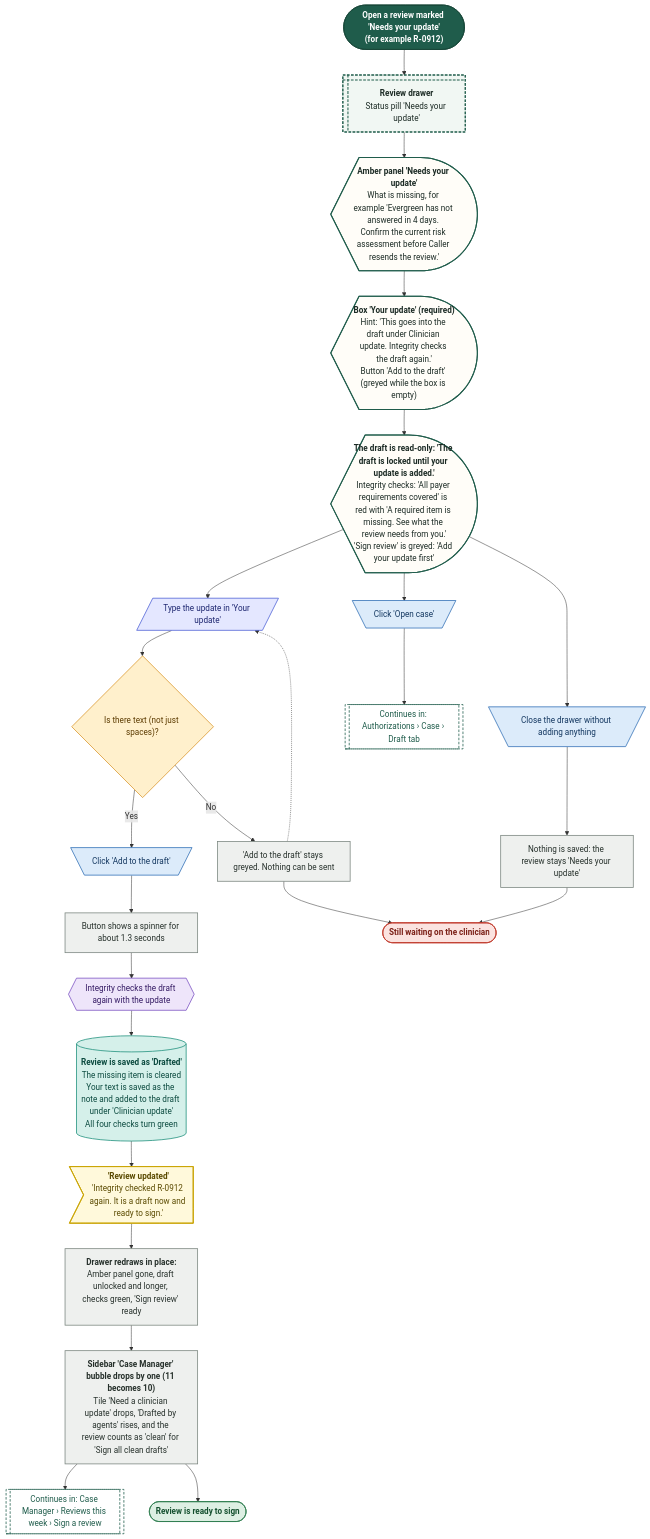
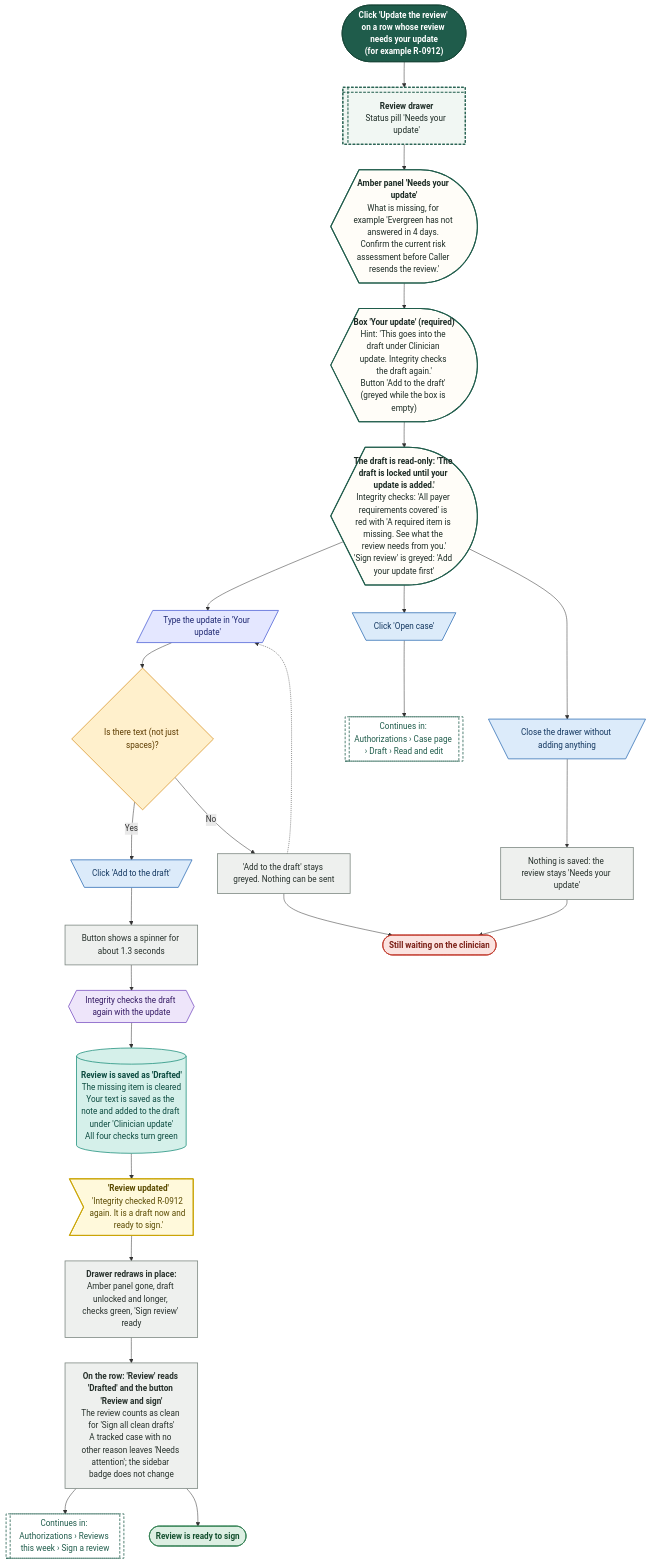
One commit to Shrav143/psyfloapp changed the diagram in demos/prior-auth-demo/workflows/out/mmd/07-case-manager/42-review-add-update.mmd. Above: the diagram before and after it, drawn with Mermaid. The commit also changed 113 other files, not shown here.

First line of the commit message:
docs: workflow diagrams for the merged Authorizations (worklist, approved, reviews and tracked cases, sidebar arrow), every link retargeted, 336 diagrams

```diff
--- a/demos/prior-auth-demo/workflows/out/mmd/07-case-manager/42-review-add-update.mmd
+++ b/demos/prior-auth-demo/workflows/out/mmd/07-case-manager/42-review-add-update.mmd
@@ -1,61 +1,61 @@
 %%{init: {"theme":"base","themeVariables":{"fontFamily":"'DM Sans', 'Segoe UI', system-ui, sans-serif","fontSize":"15px","lineColor":"#5B6B63","primaryTextColor":"#1C2B25","clusterBkg":"#FBF8F3","clusterBorder":"#D9CDBB","edgeLabelBackground":"#FFFFFF"},"flowchart":{"curve":"basis","nodeSpacing":36,"rankSpacing":48,"padding":12,"htmlLabels":true,"useMaxWidth":false,"wrappingWidth":230}} }%%
 flowchart TD
   classDef k_start fill:#1F5C4B,stroke:#174638,color:#FFFFFF,stroke-width:1.5px,font-weight:600
   classDef k_end fill:#DDEFE3,stroke:#2E7D4F,color:#14502F,stroke-width:1.5px,font-weight:600
   classDef k_endx fill:#FBE3E0,stroke:#C0392B,color:#7A1F16,stroke-width:1.5px,font-weight:600
   classDef k_screen fill:#FFFDF8,stroke:#1F5C4B,color:#1C2B25,stroke-width:2px
   classDef k_overlay fill:#F1F7F3,stroke:#1F5C4B,color:#1C2B25,stroke-width:2px,stroke-dasharray:5 3
   classDef k_click fill:#DCEBFA,stroke:#2F6DB5,color:#12365F,stroke-width:1.5px
   classDef k_input fill:#E4E7FF,stroke:#4C5FD5,color:#1D2670,stroke-width:1.5px
   classDef k_process fill:#EEF0EE,stroke:#7A857F,color:#26302B,stroke-width:1.5px
   classDef k_agent fill:#EEE5FA,stroke:#7A4FC2,color:#341A63,stroke-width:1.5px
   classDef k_decision fill:#FFF0CC,stroke:#D9962B,color:#5C3B00,stroke-width:1.5px
   classDef k_store fill:#D5F0EA,stroke:#1C8E7B,color:#0B4A3F,stroke-width:1.5px
   classDef k_doc fill:#F6E9DC,stroke:#B07A4C,color:#4A2E14,stroke-width:1.5px
   classDef k_ext fill:#FFE6D2,stroke:#E07B39,color:#6B2F06,stroke-width:1.5px
   classDef k_wait fill:#E4E8EE,stroke:#6B7C93,color:#26303D,stroke-width:1.5px
   classDef k_toast fill:#FFF9DB,stroke:#C9A400,color:#5A4A00,stroke-width:1.5px
   classDef k_goto fill:#FFFFFF,stroke:#1F5C4B,color:#1F5C4B,stroke-width:1.5px,stroke-dasharray:5 3
-  s1@{ shape: stadium, label: "<b>Open a review marked 'Needs your update'</b><br/>(for example R-0912)" }
+  s1@{ shape: stadium, label: "<b>Click 'Update the review' on a row whose review needs your update</b><br/>(for example R-0912)" }
   o1@{ shape: win-pane, label: "<b>Review drawer</b><br/>Status pill 'Needs your update'" }
   b1@{ shape: curv-trap, label: "<b>Amber panel 'Needs your update'</b><br/>What is missing, for example 'Evergreen has not answered in 4 days. Confirm the current risk assessment before Caller resends the review.'" }
   b2@{ shape: curv-trap, label: "<b>Box 'Your update' (required)</b><br/>Hint: 'This goes into the draft under Clinician update. Integrity checks the draft again.'<br/>Button 'Add to the draft' (greyed while the box is empty)" }
   b3@{ shape: curv-trap, label: "<b>The draft is read-only: 'The draft is locked until your update is added.'</b><br/>Integrity checks: 'All payer requirements covered' is red with 'A required item is missing. See what the review needs from you.'<br/>'Sign review' is greyed: 'Add your update first'" }
   i1@{ shape: lean-r, label: "Type the update in 'Your update'" }
   d1@{ shape: diam, label: "Is there text (not just spaces)?" }
   p0@{ shape: rect, label: "'Add to the draft' stays greyed. Nothing can be sent" }
   c1@{ shape: trap-t, label: "Click 'Add to the draft'" }
   p1@{ shape: rect, label: "Button shows a spinner for about 1.3 seconds" }
   a1@{ shape: hex, label: "Integrity checks the draft again with the update" }
   st1@{ shape: cyl, label: "<b>Review is saved as 'Drafted'</b><br/>The missing item is cleared<br/>Your text is saved as the note and added to the draft under 'Clinician update'<br/>All four checks turn green" }
   t1@{ shape: odd, label: "<b>'Review updated'</b><br/>'Integrity checked R-0912 again. It is a draft now and ready to sign.'" }
   p2@{ shape: rect, label: "<b>Drawer redraws in place:</b><br/>Amber panel gone, draft unlocked and longer, checks green, 'Sign review' ready" }
-  p3@{ shape: rect, label: "<b>Sidebar 'Case Manager' bubble drops by one (11 becomes 10)</b><br/>Tile 'Need a clinician update' drops, 'Drafted by agents' rises, and the review counts as 'clean' for 'Sign all clean drafts'" }
-  g1@{ shape: subproc, label: "Continues in: Case Manager › Reviews this week › Sign a review" }
+  p3@{ shape: rect, label: "<b>On the row: 'Review' reads 'Drafted' and the button 'Review and sign'</b><br/>The review counts as clean for 'Sign all clean drafts'<br/>A tracked case with no other reason leaves 'Needs attention'; the sidebar badge does not change" }
+  g1@{ shape: subproc, label: "Continues in: Authorizations › Reviews this week › Sign a review" }
   c2@{ shape: trap-t, label: "Close the drawer without adding anything" }
   p4@{ shape: rect, label: "Nothing is saved: the review stays 'Needs your update'" }
   c3@{ shape: trap-t, label: "Click 'Open case'" }
-  g2@{ shape: subproc, label: "Continues in: Authorizations › Case › Draft tab" }
+  g2@{ shape: subproc, label: "Continues in: Authorizations › Case page › Draft › Read and edit" }
   e1@{ shape: stadium, label: "Review is ready to sign" }
   e2@{ shape: stadium, label: "Still waiting on the clinician" }
   s1 --> o1 --> b1 --> b2 --> b3 --> i1 --> d1
   d1 -->|"No"| p0 --> e2
   d1 -->|"Yes"| c1 --> p1 --> a1 --> st1
   st1 --> t1 --> p2 --> p3 --> g1
   p3 --> e1
   b3 --> c2 --> p4 --> e2
   b3 --> c3 --> g2
   p0 -.-> i1
   class s1 k_start
   class o1 k_overlay
   class b1,b2,b3 k_screen
   class i1 k_input
   class d1 k_decision
   class p0,p1,p2,p3,p4 k_process
   class c1,c2,c3 k_click
   class a1 k_agent
   class st1 k_store
   class t1 k_toast
   class g1,g2 k_goto
   class e1 k_end
   class e2 k_endx
```
